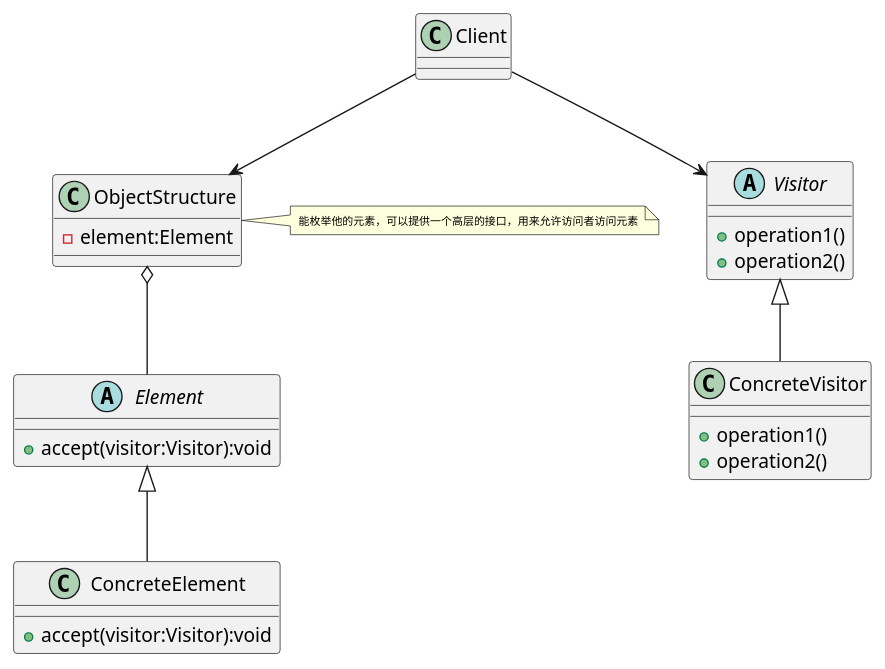
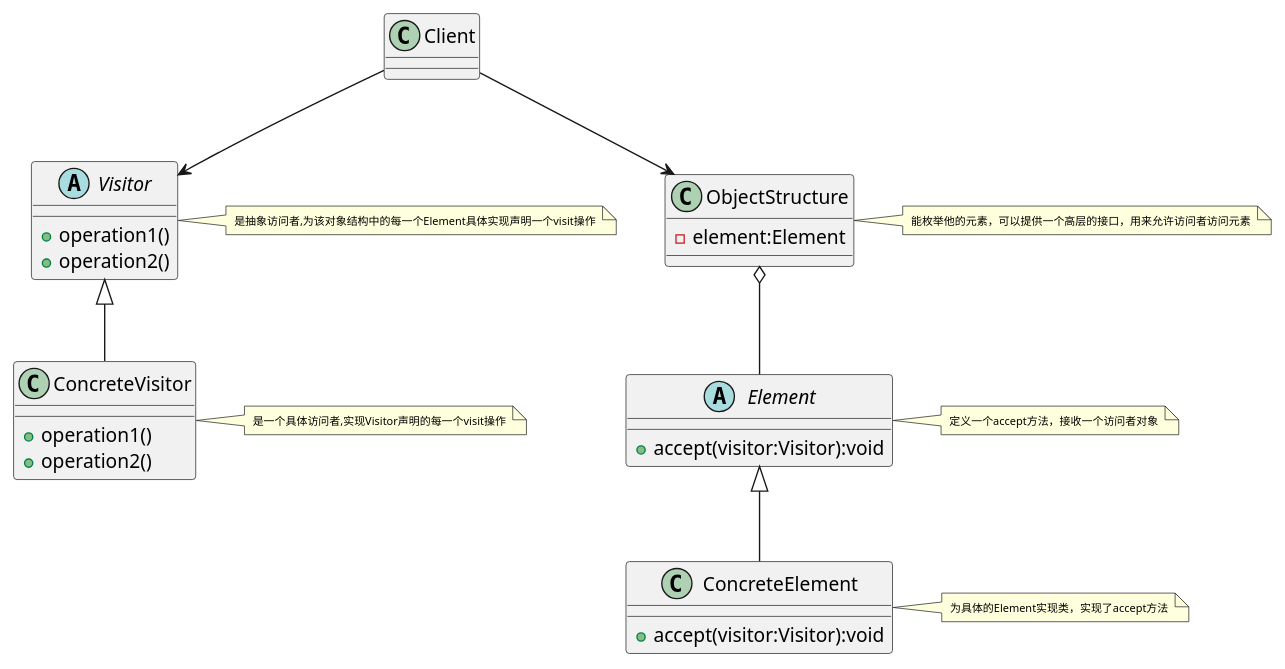
Before and after one commit to wr1ttenyu/f1nal: the diagram in design-pattern/src/main/java/wr1ttenyu/f1nal/study/designpattern/pattern23/visitor/Visitor.puml, drawn with PlantUML. The commit also changed 5 other files, not shown here.

```diff
--- a/design-pattern/src/main/java/wr1ttenyu/f1nal/study/designpattern/pattern23/visitor/Visitor.puml
+++ b/design-pattern/src/main/java/wr1ttenyu/f1nal/study/designpattern/pattern23/visitor/Visitor.puml
@@ -1,40 +1,44 @@
 @startuml
 
 abstract class Visitor
+note right:<size:8>是抽象访问者,为该对象结构中的每一个Element具体实现声明一个visit操作
 class ConcreteVisitor
+note right:<size:8>是一个具体访问者,实现Visitor声明的每一个visit操作
 
 abstract class Element
+note right:<size:8>定义一个accept方法，接收一个访问者对象
 class ConcreteElement
+note right:<size:8>为具体的Element实现类，实现了accept方法
 
 class ObjectStructure
 note right:<size:8>能枚举他的元素，可以提供一个高层的接口，用来允许访问者访问元素
 
 Visitor <|-- ConcreteVisitor
 Element <|-- ConcreteElement
 ObjectStructure o-- Element
 Client --> ObjectStructure
 Client --> Visitor
 
 abstract class Visitor {
     +operation1()
     +operation2()
 }
 
 class ConcreteVisitor {
     +operation1()
     +operation2()
 }
 
 abstract class Element {
     +accept(visitor:Visitor):void
 }
 
 class ConcreteElement {
     +accept(visitor:Visitor):void
 }
 
 class ObjectStructure {
     -element:Element
 }
 
 @enduml
```
